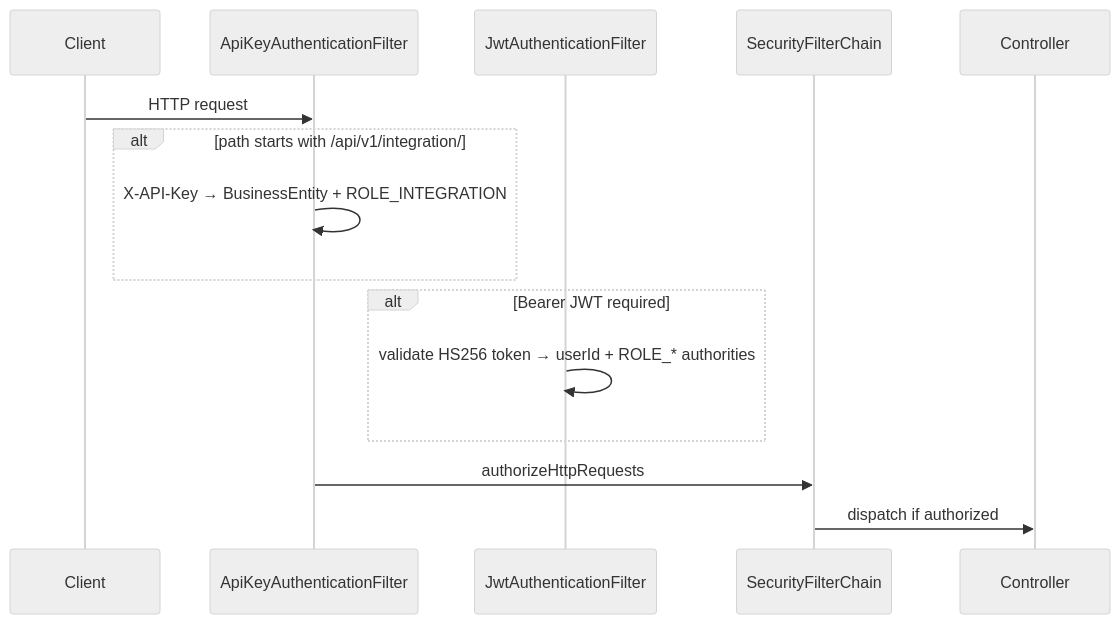
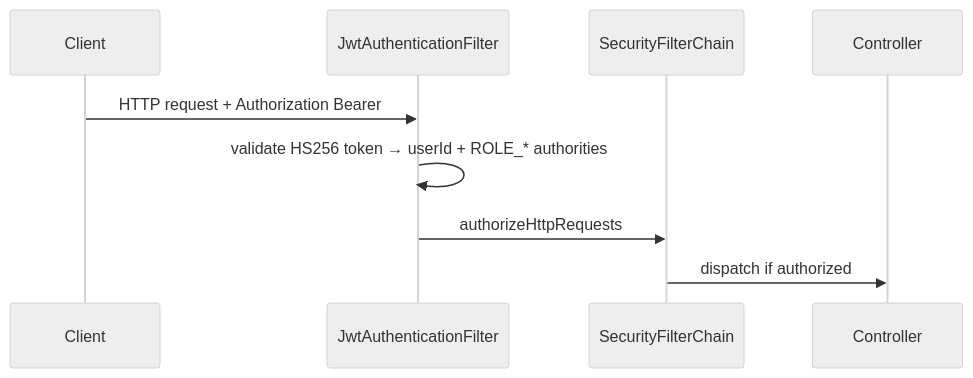
The second of 2 diagrams in docs/ARCHITECTURE.md (runalb/digi-payment-gateway), drawn with Mermaid (neutral theme) before and after one commit. The commit also changed other lines of this file and 7 other files, not shown here.

````diff
--- a/docs/ARCHITECTURE.md
+++ b/docs/ARCHITECTURE.md
@@ -228,18 +269,12 @@
 ```mermaid
 sequenceDiagram
     participant Client
-    participant ApiKey as ApiKeyAuthenticationFilter
     participant Jwt as JwtAuthenticationFilter
     participant Chain as SecurityFilterChain
     participant Ctrl as Controller
 
-    Client->>ApiKey: HTTP request
-    alt path starts with /api/v1/integration/
-        ApiKey->>ApiKey: X-API-Key → BusinessEntity + ROLE_INTEGRATION
-    end
-  alt Bearer JWT required
-        Jwt->>Jwt: validate HS256 token → userId + ROLE_* authorities
-    end
-    ApiKey->>Chain: authorizeHttpRequests
+    Client->>Jwt: HTTP request + Authorization Bearer
+    Jwt->>Jwt: validate HS256 token → userId + ROLE_* authorities
+    Jwt->>Chain: authorizeHttpRequests
     Chain->>Ctrl: dispatch if authorized
 ```
````
